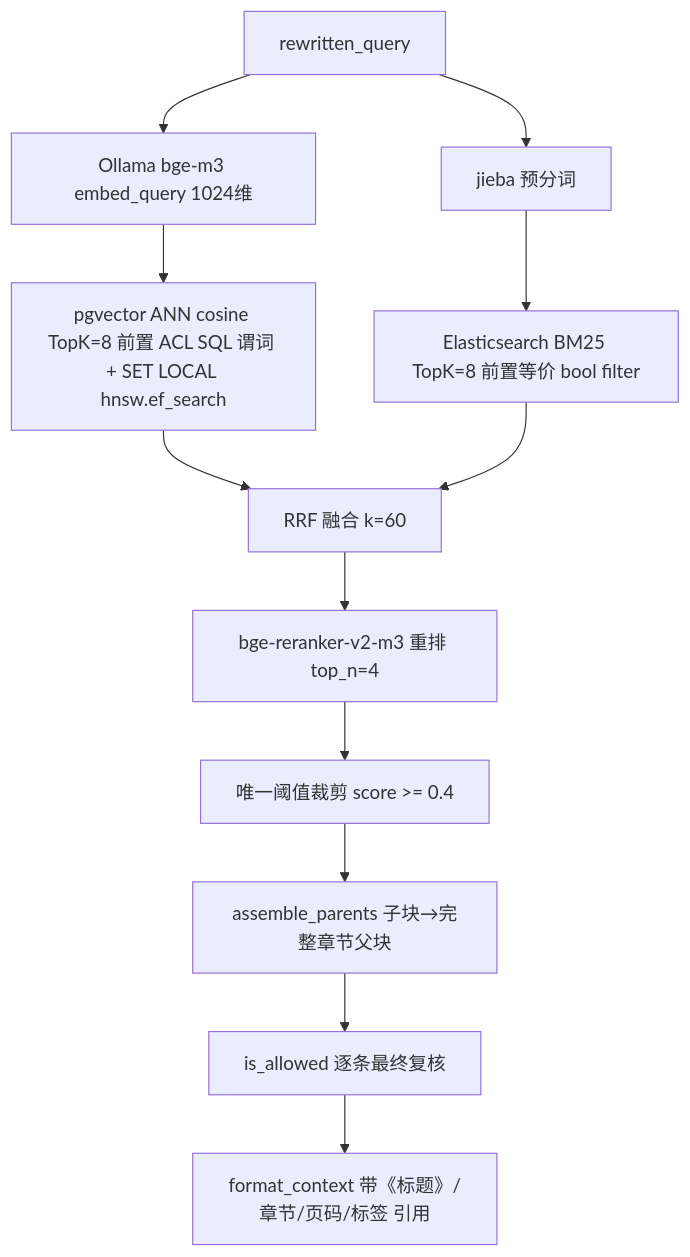
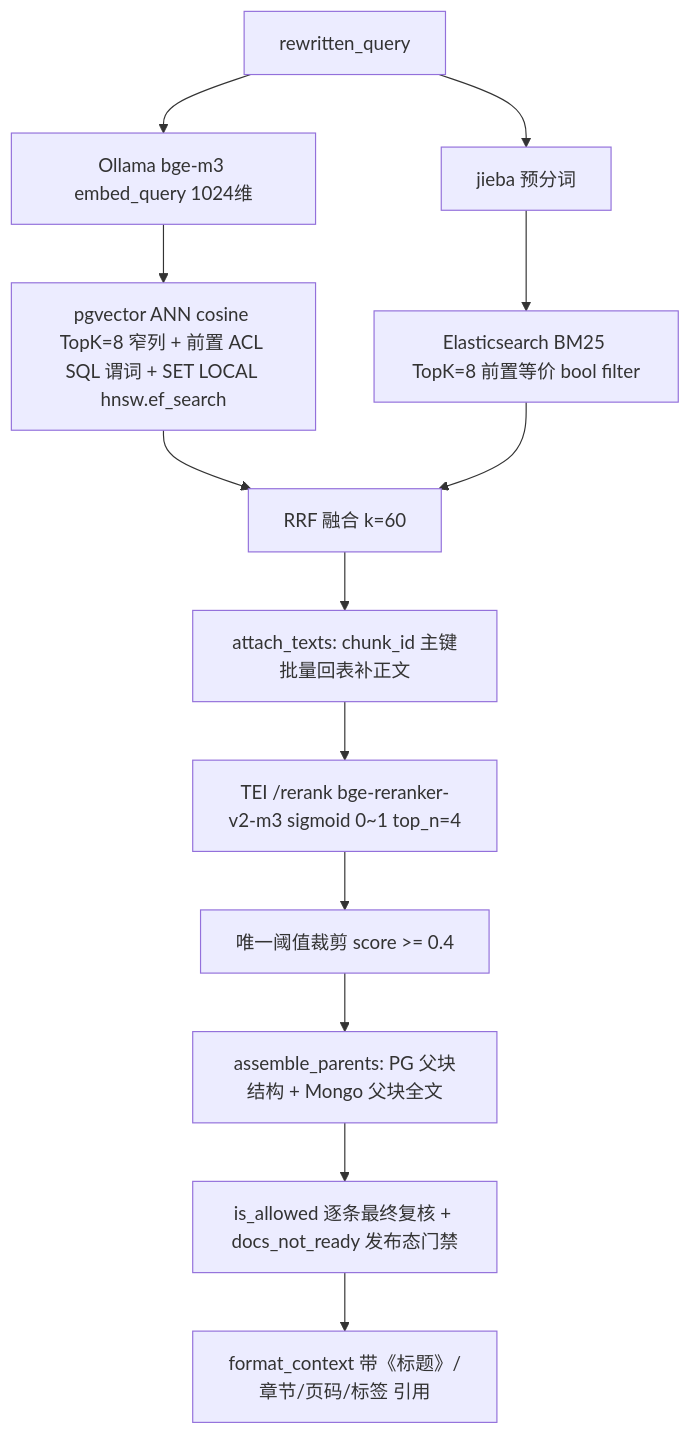
Before and after one commit to kob01/multi_mxi: the second of 2 diagrams in .qoder/repowiki/zh/content/RAG 知识底座.md, drawn with Mermaid. The commit also changed other lines of this file and 84 other files, not shown here.

````diff
--- a/.qoder/repowiki/zh/content/RAG 知识底座.md
+++ b/.qoder/repowiki/zh/content/RAG 知识底座.md
@@ -61,14 +72,15 @@
 ```mermaid
 graph TD
     Q["rewritten_query"] --> EMB["Ollama bge-m3 embed_query 1024维"]
-    EMB --> VEC["pgvector ANN cosine TopK=8 前置 ACL SQL 谓词 + SET LOCAL hnsw.ef_search"]
+    EMB --> VEC["pgvector ANN cosine TopK=8 窄列 + 前置 ACL SQL 谓词 + SET LOCAL hnsw.ef_search"]
     Q --> JK["jieba 预分词"]
     JK --> ES["Elasticsearch BM25 TopK=8 前置等价 bool filter"]
     VEC --> RRF["RRF 融合 k=60"]
     ES --> RRF
-    RRF --> RR["bge-reranker-v2-m3 重排 top_n=4"]
+    RRF --> AT["attach_texts: chunk_id 主键批量回表补正文"]
+    AT --> RR["TEI /rerank bge-reranker-v2-m3 sigmoid 0~1 top_n=4"]
     RR --> TH["唯一阈值裁剪 score >= 0.4"]
-    TH --> PA["assemble_parents 子块→完整章节父块"]
-    PA --> FA["is_allowed 逐条最终复核"]
+    TH --> PA["assemble_parents: PG 父块结构 + Mongo 父块全文"]
+    PA --> FA["is_allowed 逐条最终复核 + docs_not_ready 发布态门禁"]
     FA --> CTX["format_context 带《标题》/章节/页码/标签 引用"]
 ```
````
